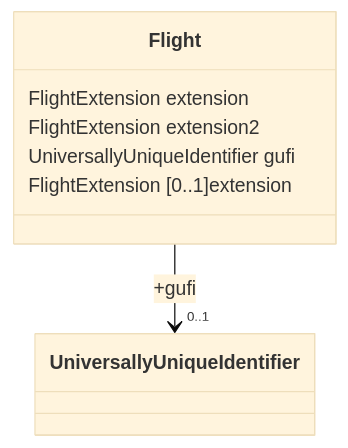
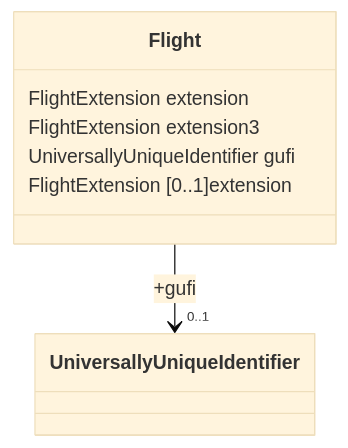
The first of 3 diagrams in docs/fixm/FIXM_UML_in_mermaid.md (du-lapin/test_docsify), drawn with Mermaid (base theme) before and after one commit.

````diff
--- a/docs/fixm/FIXM_UML_in_mermaid.md
+++ b/docs/fixm/FIXM_UML_in_mermaid.md
@@ -4,10 +4,10 @@
 ```mermaid
 classDiagram
 class Flight{
 FlightExtension extension
-FlightExtension extension2
+FlightExtension extension3
 UniversallyUniqueIdentifier gufi
 }
 Flight : FlightExtension [0..1]extension
 Flight --> "0..1"  UniversallyUniqueIdentifier : +gufi
 ```
````
